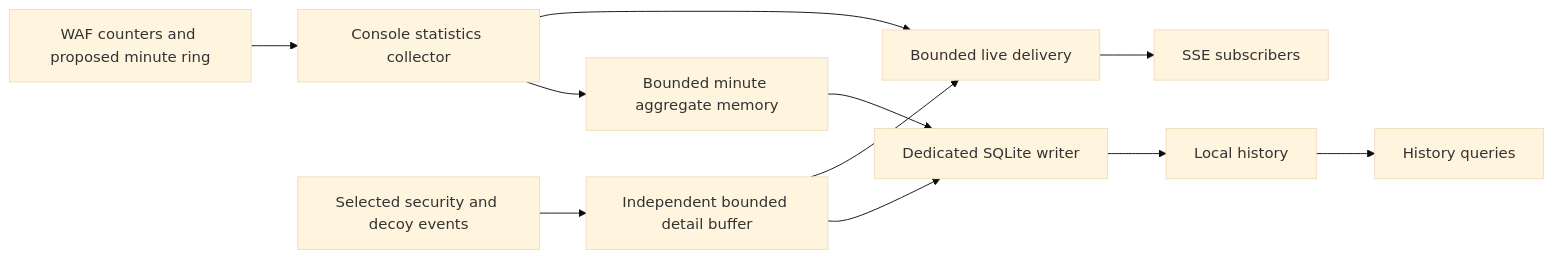
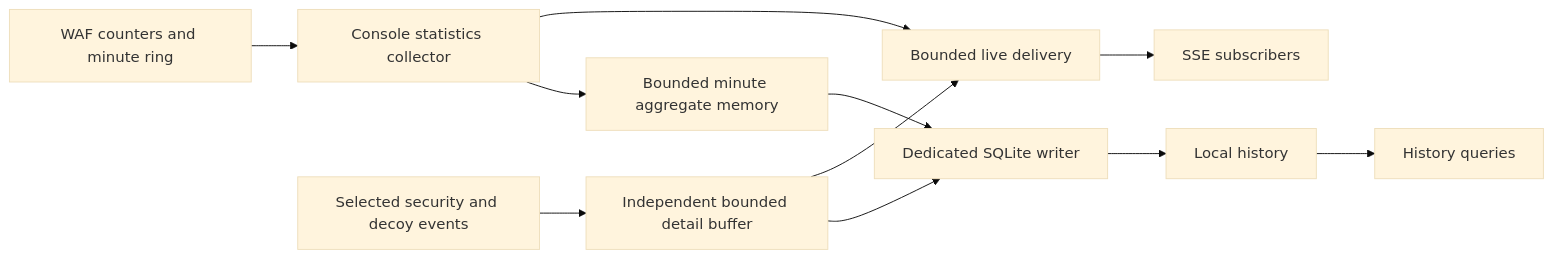
The diagram in docs/monitoring-console-storage.md (hiroeorz/kunato), drawn with Mermaid (base theme) before and after one commit. The commit also changed other lines of this file and 17 other files, not shown here.

````diff
--- a/docs/monitoring-console-storage.md
+++ b/docs/monitoring-console-storage.md
@@ -50,13 +55,13 @@
 ```mermaid
 flowchart LR
-    WAF[WAF counters and proposed minute ring] --> Collector[Console statistics collector]
+    WAF[WAF counters and minute ring] --> Collector[Console statistics collector]
     Logs[Selected security and decoy events] --> Detail[Independent bounded detail buffer]
     Collector --> Live[Bounded live delivery]
     Live --> SSE[SSE subscribers]
     Collector --> Buffer[Bounded minute aggregate memory]
     Detail --> Live
     Buffer --> Worker[Dedicated SQLite writer]
     Detail --> Worker
     Worker --> SQLite[Local history]
     SQLite --> History[History queries]
 ```
````
